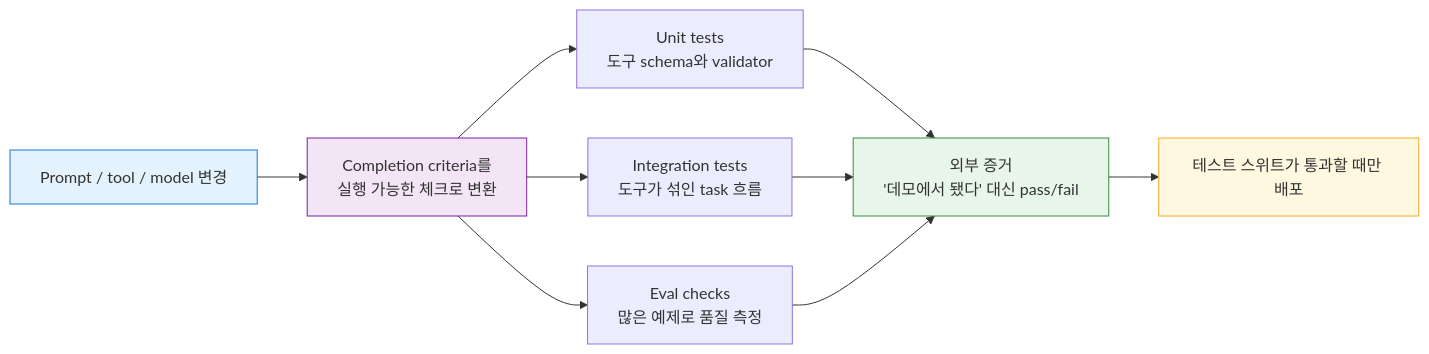
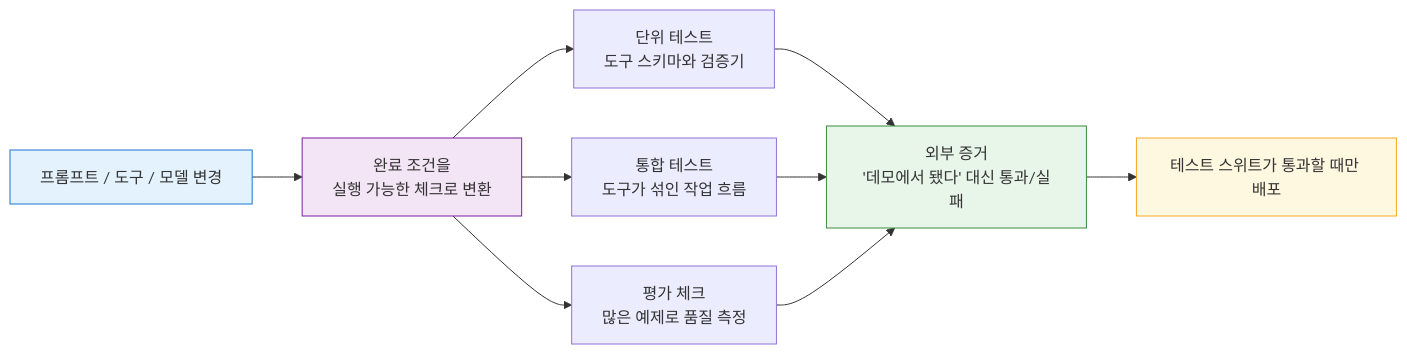
The diagram in assets/harness-engineering-101/06/06-01-test-harness-turning-completion-criteria.ko.mmd (yeongseon-books/book-content), drawn with Mermaid before and after one commit. The commit also changed 52 other files, not shown here.

```diff
--- a/assets/harness-engineering-101/06/06-01-test-harness-turning-completion-criteria.ko.mmd
+++ b/assets/harness-engineering-101/06/06-01-test-harness-turning-completion-criteria.ko.mmd
@@ -1,15 +1,15 @@
 flowchart LR
-    변경["Prompt / tool / model 변경"] --> 기준["Completion criteria를\n실행 가능한 체크로 변환"]
-    기준 --> 유닛["Unit tests\n도구 schema와 validator"]
-    기준 --> 통합["Integration tests\n도구가 섞인 task 흐름"]
-    기준 --> 평가["Eval checks\n많은 예제로 품질 측정"]
+    변경["프롬프트 / 도구 / 모델 변경"] --> 기준["완료 조건을\n실행 가능한 체크로 변환"]
+    기준 --> 유닛["단위 테스트\n도구 스키마와 검증기"]
+    기준 --> 통합["통합 테스트\n도구가 섞인 작업 흐름"]
+    기준 --> 평가["평가 체크\n많은 예제로 품질 측정"]
 
-    유닛 --> 증거["외부 증거\n'데모에서 됐다' 대신 pass/fail"]
+    유닛 --> 증거["외부 증거\n'데모에서 됐다' 대신 통과/실패"]
     통합 --> 증거
     평가 --> 증거
     증거 --> 배포["테스트 스위트가 통과할 때만 배포"]
 
     style 변경 fill:#e3f2fd,stroke:#1976d2
     style 기준 fill:#f3e5f5,stroke:#7b1fa2
     style 증거 fill:#e8f5e9,stroke:#388e3c
     style 배포 fill:#fff8e1,stroke:#f9a825
```
